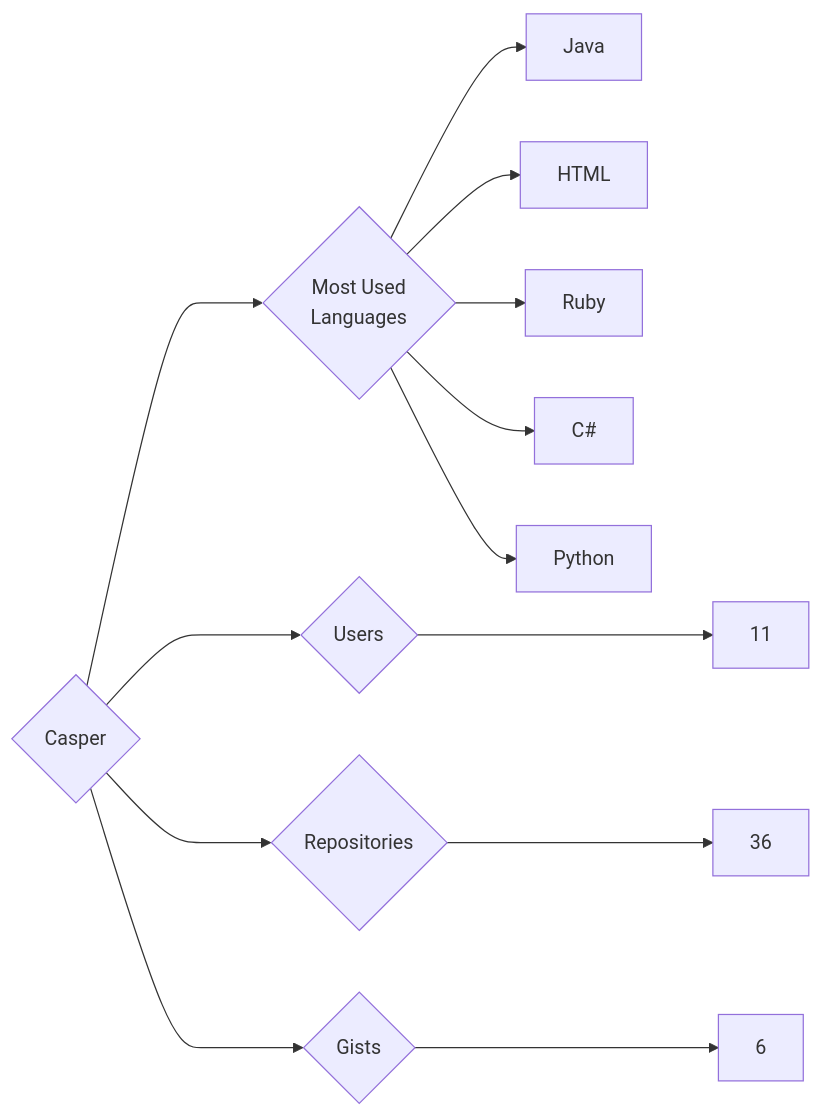
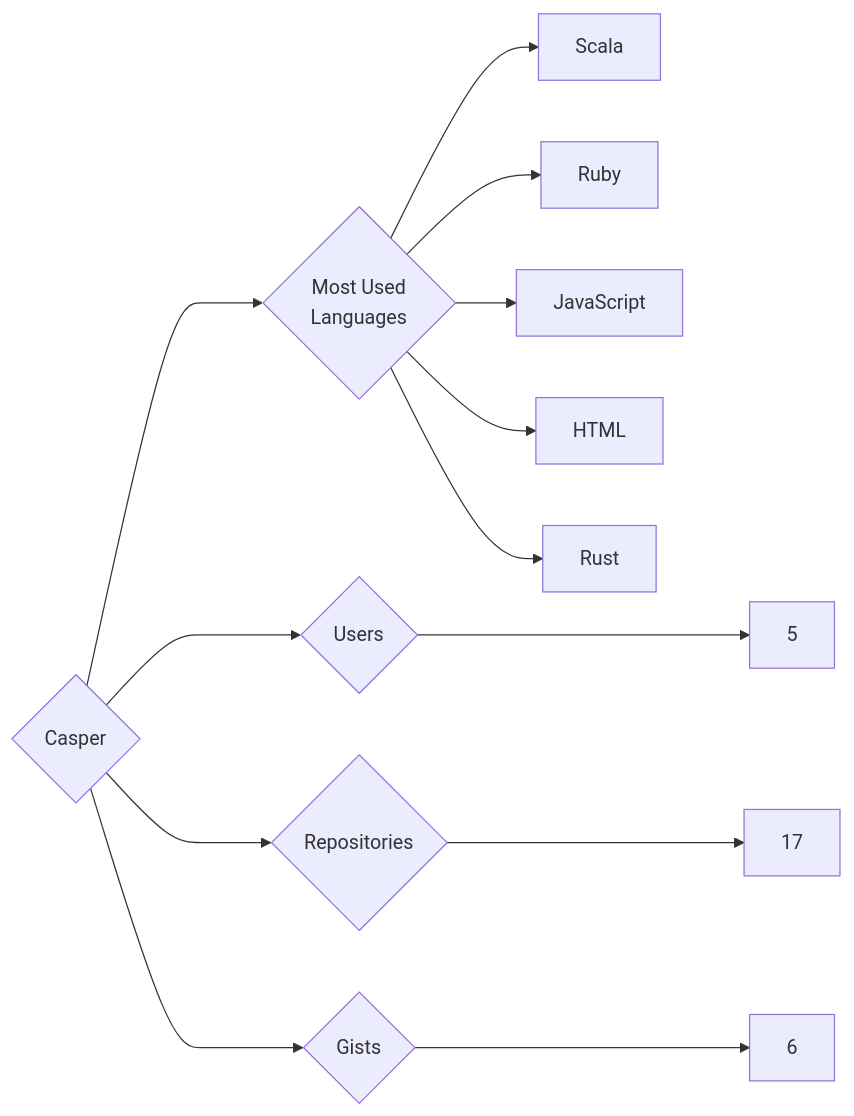
One commit to trickest/insiders changed the diagram in targets/Casper/README.md. Above: the diagram before and after it, drawn with Mermaid. The commit also changed 932 other files, not shown here.

````diff
--- a/targets/Casper/README.md
+++ b/targets/Casper/README.md
@@ -3,13 +3,13 @@
 ```mermaid
 graph LR
 COMPANY_NAME{Casper}
-COMPANY_NAME ---> U{Users} ---> UN[11]
-COMPANY_NAME ---> R{Repositories} ---> RN[36]
+COMPANY_NAME ---> U{Users} ---> UN[5]
+COMPANY_NAME ---> R{Repositories} ---> RN[17]
 COMPANY_NAME ---> G{Gists} ---> GN[6]
 COMPANY_NAME ---> ML{Most Used<br>Languages}
-ML --> Java[Java]
+ML --> Scala[Scala]
+ML --> Ruby[Ruby]
+ML --> JavaScript[JavaScript]
 ML --> HTML[HTML]
-ML --> Ruby[Ruby]
-ML --> C#[C#]
-ML --> Python[Python]
+ML --> Rust[Rust]
 ```
````
